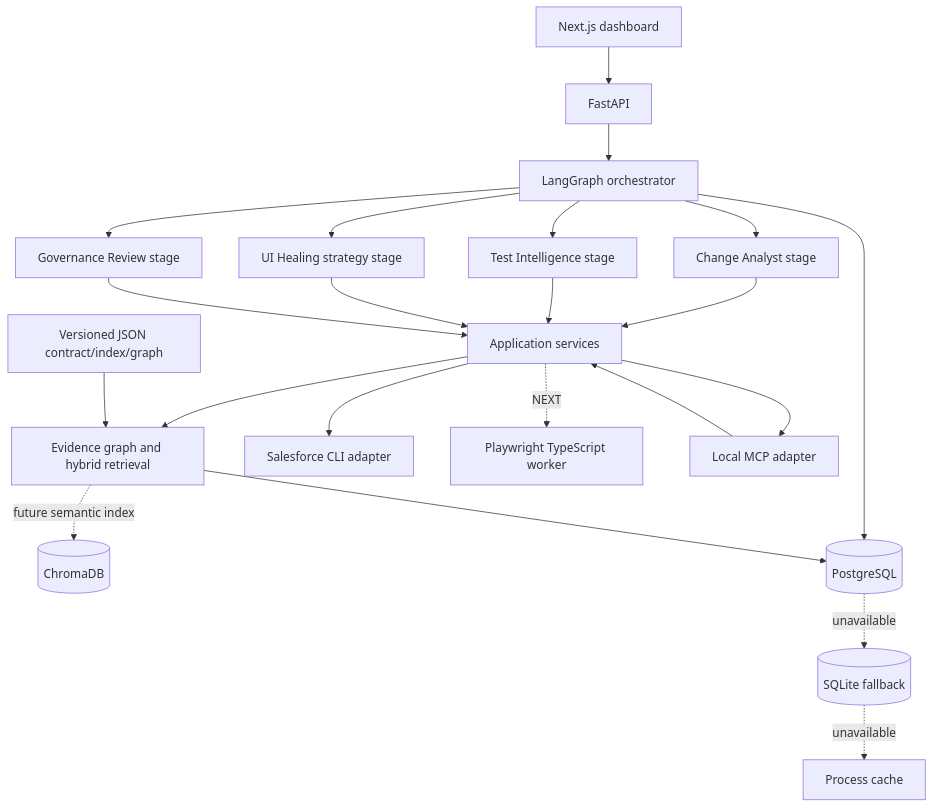
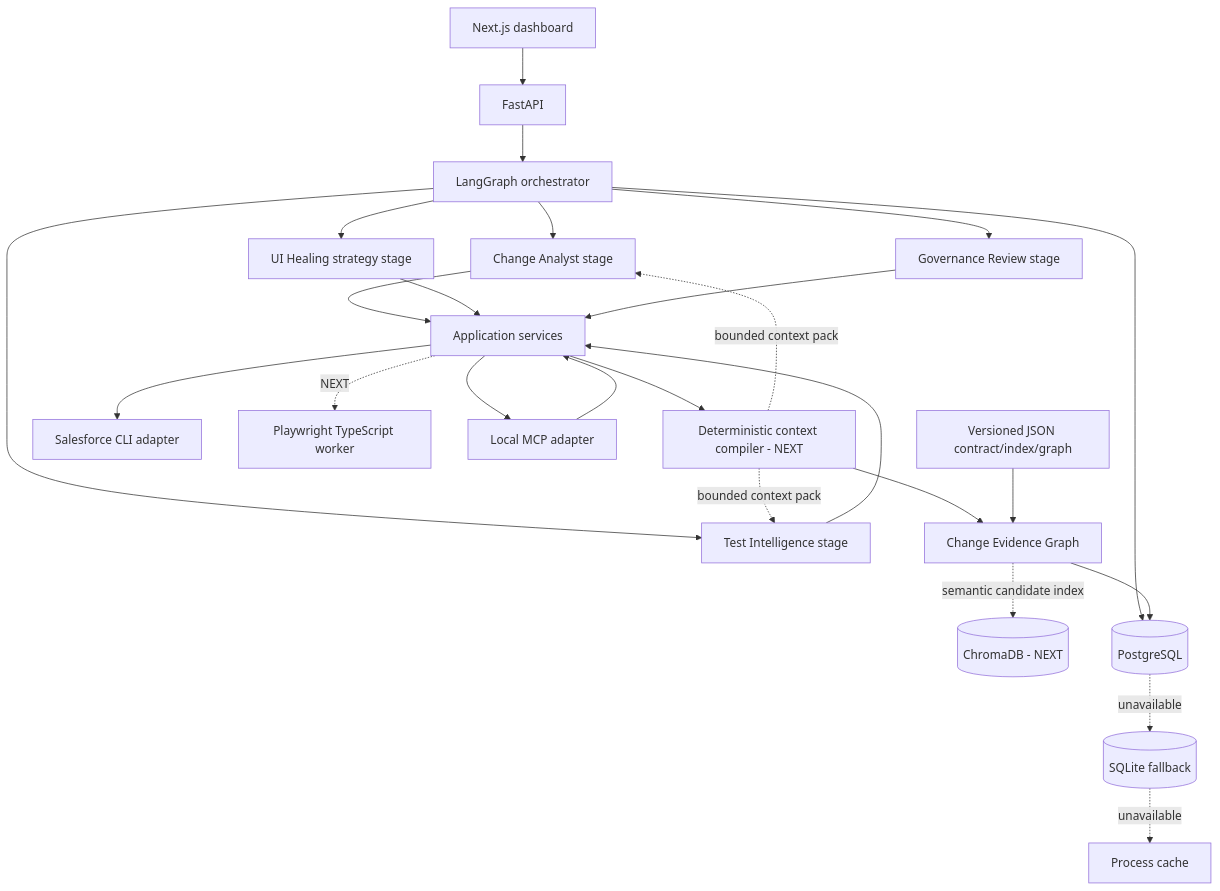
Before and after one commit to neelriseai/Neo-SF-Q--Intel: the diagram in Docs/01-architecture.md, drawn with Mermaid. The commit also changed other lines of this file and 25 other files, not shown here.

Commit message:
Adopt graph-grounded reasoning architecture

````diff
--- a/Docs/01-architecture.md
+++ b/Docs/01-architecture.md
@@ -8,24 +8,27 @@
 ```mermaid
 flowchart TB
   WEB[Next.js dashboard] --> API[FastAPI]
   API --> WF[LangGraph orchestrator]
   WF --> CA[Change Analyst stage]
   WF --> TA[Test Intelligence stage]
   WF --> UH[UI Healing strategy stage]
   WF --> GA[Governance Review stage]
   CA --> SVC[Application services]
   TA --> SVC
   UH --> SVC
   GA --> SVC
-  SVC --> EG[Evidence graph and hybrid retrieval]
-  EG -. future semantic index .-> CHROMA[(ChromaDB)]
+  SVC --> CC[Deterministic context compiler - NEXT]
+  CC --> EG[Change Evidence Graph]
+  CC -. bounded context pack .-> CA
+  CC -. bounded context pack .-> TA
+  EG -. semantic candidate index .-> CHROMA[(ChromaDB - NEXT)]
   SVC --> SF[Salesforce CLI adapter]
   SVC -. NEXT .-> PW[Playwright TypeScript worker]
   SVC --> MCP[Local MCP adapter]
   WF --> PG[(PostgreSQL)]
   EG --> PG
   PG -. unavailable .-> SQLITE[(SQLite fallback)]
   SQLITE -. unavailable .-> CACHE[Process cache]
   JSON[Versioned JSON contract/index/graph] --> EG
   MCP --> SVC
 ```
````
